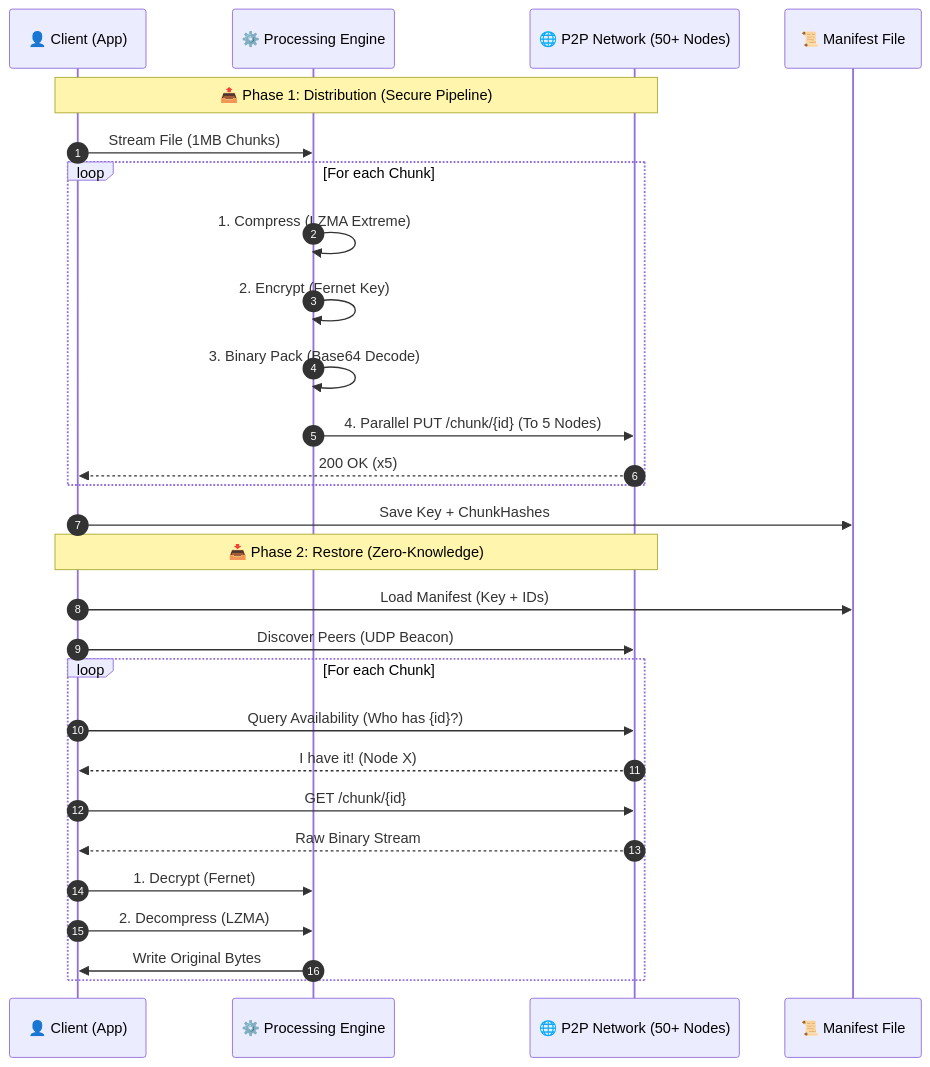
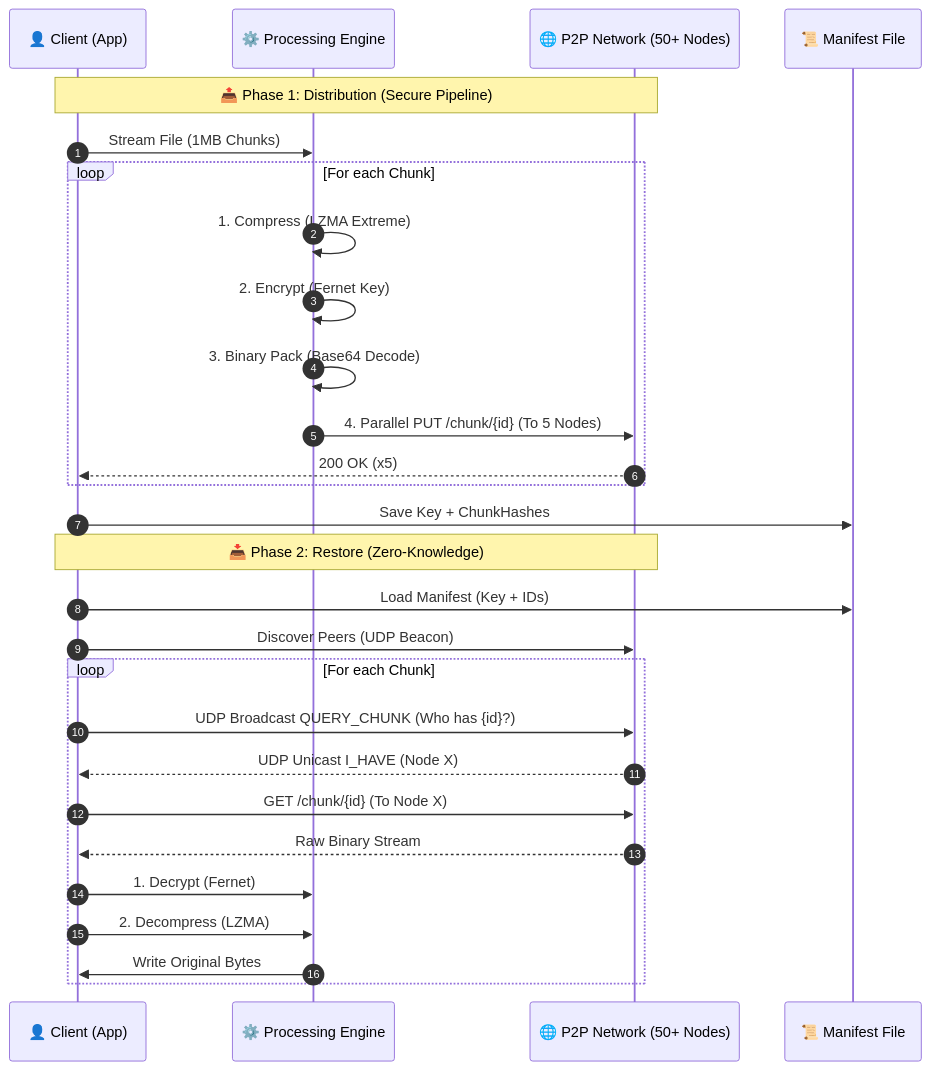
The first of 6 diagrams in ARCHITECTURE.md (axiom4/peer2peer), drawn with Mermaid before and after one commit. The commit also changed other lines of this file and 1 other file, not shown here.

Commit message:
Update architecture and README to reflect UDP broadcast changes; modify port for beacon discovery and enhance chunk querying process

````diff
--- a/ARCHITECTURE.md
+++ b/ARCHITECTURE.md
@@ -71,36 +74,37 @@
 ```mermaid
 sequenceDiagram
    autonumber
    participant Client as 👤 Client (App)
    participant Engine as ⚙️ Processing Engine
    participant Network as 🌐 P2P Network (50+ Nodes)
    participant Manifest as 📜 Manifest File
 
    Note over Client, Network: 📤 Phase 1: Distribution (Secure Pipeline)
    Client->>Engine: Stream File (1MB Chunks)
 
    loop For each Chunk
       Engine->>Engine: 1. Compress (LZMA Extreme)
       Engine->>Engine: 2. Encrypt (Fernet Key)
       Engine->>Engine: 3. Binary Pack (Base64 Decode)
       Engine->>Network: 4. Parallel PUT /chunk/{id} (To 5 Nodes)
       Network-->>Client: 200 OK (x5)
    end
 
    Client->>Manifest: Save Key + ChunkHashes
 
    Note over Client, Network: 📥 Phase 2: Restore (Zero-Knowledge)
    Client->>Manifest: Load Manifest (Key + IDs)
    Client->>Network: Discover Peers (UDP Beacon)
 
    loop For each Chunk
-      Client->>Network: Query Availability (Who has {id}?)
-      Network-->>Client: I have it! (Node X)
-      Client->>Network: GET /chunk/{id}
+      Client->>Network: UDP Broadcast QUERY_CHUNK (Who has {id}?)
+      Network-->>Client: UDP Unicast I_HAVE (Node X)
+      Client->>Network: GET /chunk/{id} (To Node X)
       Network-->>Client: Raw Binary Stream
 
       Client->>Engine: 1. Decrypt (Fernet)
+
       Client->>Engine: 2. Decompress (LZMA)
       Engine->>Client: Write Original Bytes
    end
 ```
````
